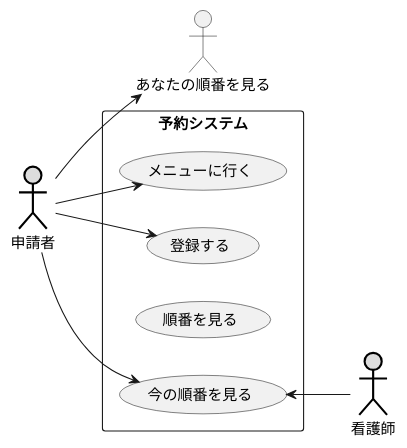
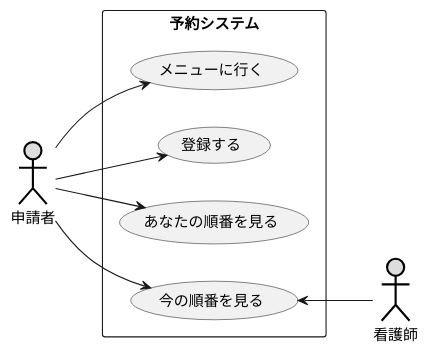
One commit to tanumahikaru/uml-into changed the diagram in 演習6-3_ユースケース図_診察予約システム.pu. Above: the diagram before and after it, drawn with PlantUML.

Commit message:
6-3の１

```diff
--- a/演習6-3_ユースケース図_診察予約システム.pu
+++ b/演習6-3_ユースケース図_診察予約システム.pu
@@ -1,16 +1,16 @@
 @startuml 6-3
 left to right direction
 actor 申請者#DDDDDD;line:black;line.bold;
 actor 看護師#DDDDDD;line:black;line.bold;
 rectangle 予約システム {
 usecase メニューに行く
 usecase 登録する
-usecase 順番を見る
+usecase あなたの順番を見る
 usecase 今の順番を見る
 }
 今の順番を見る <-- 看護師 
 申請者--> メニューに行く
 申請者--> 登録する
 申請者--> あなたの順番を見る
 申請者--> 今の順番を見る
 @enduml
```
